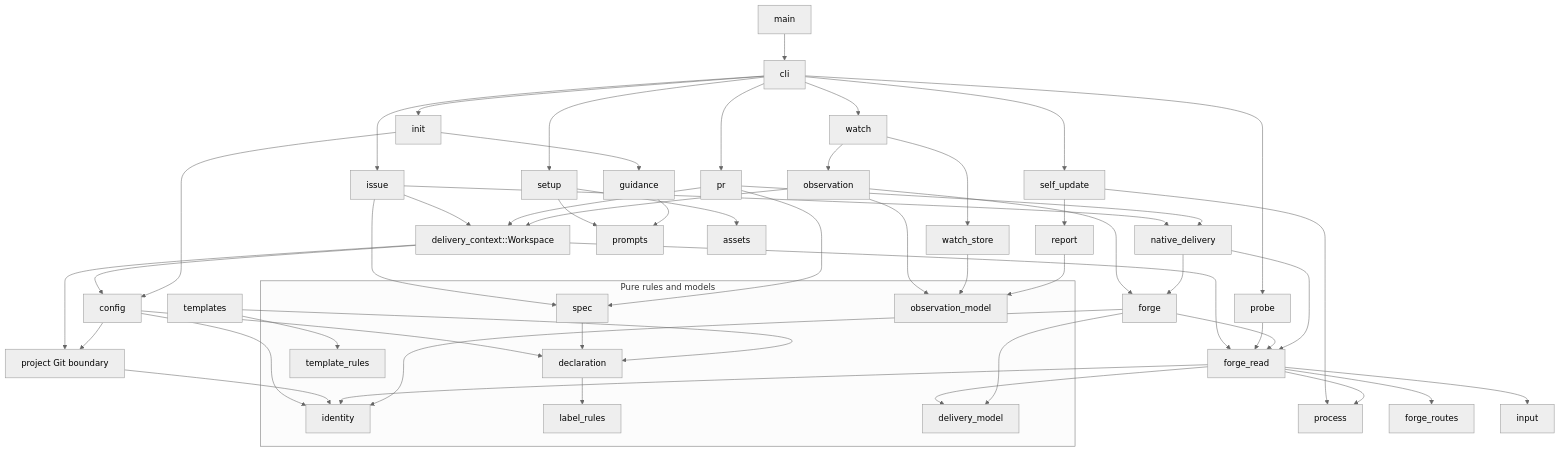
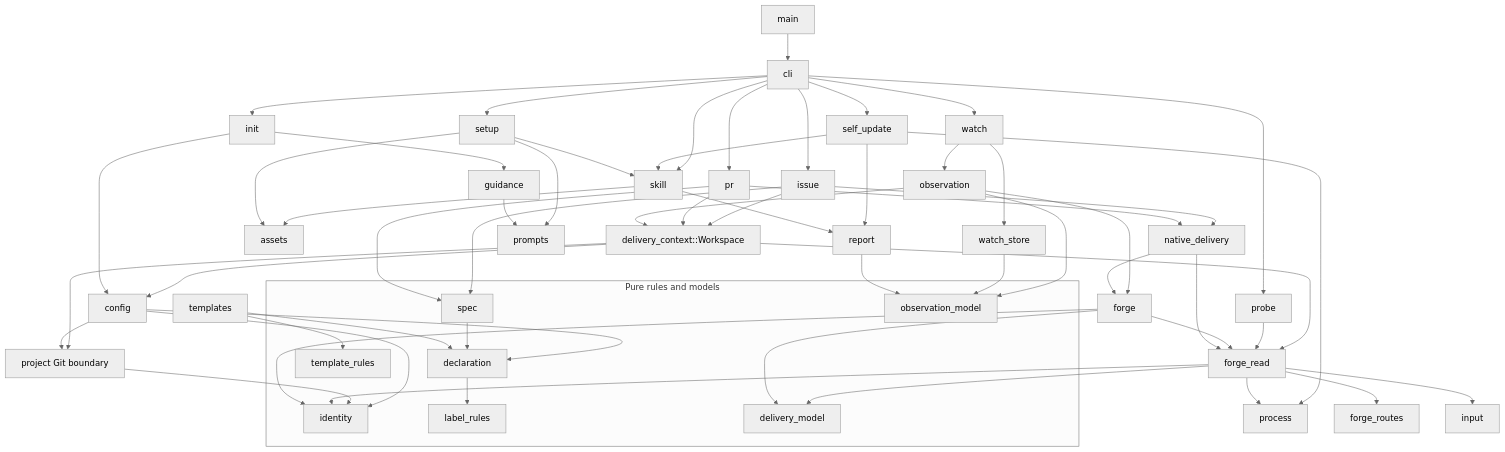
The diagram in docs/architecture.md (LeXwDeX/SpecGit), drawn with Mermaid (neutral theme) before and after one commit. The commit also changed other lines of this file and 17 other files, not shown here.

````diff
--- a/docs/architecture.md
+++ b/docs/architecture.md
@@ -38,67 +39,72 @@
 ```mermaid
 flowchart TD
   main --> cli
   cli --> init
   cli --> setup
   cli --> issue
   cli --> pr
   cli --> probe
   cli --> watch
   cli --> self_update
+  cli --> skill
   self_update --> process
   self_update --> report
+  self_update --> skill
+  skill --> assets
+  skill --> report
+  setup --> skill
 
   issue --> workspace[delivery_context::Workspace]
   pr --> workspace
   issue --> spec
   pr --> spec
   issue --> native_delivery
   pr --> native_delivery
   workspace --> config
   workspace --> project_git[project Git boundary]
   workspace --> forge_read
 
   init --> guidance
   init --> config
   setup --> prompts
   setup --> assets
   guidance --> prompts
   config --> declaration
   config --> identity
   config --> project_git
   project_git --> identity
   spec --> declaration
   templates --> declaration
   templates --> template_rules
   declaration --> label_rules
 
   probe --> forge_read
   watch --> observation
   watch --> watch_store
   observation --> workspace
   observation --> forge
   observation --> observation_model
   watch_store --> observation_model
   report --> observation_model
 
   forge_read --> forge_routes
   forge_read --> identity
   forge_read --> process
   forge_read --> input
   forge_read --> delivery_model
   forge --> forge_read
   forge --> identity
   forge --> delivery_model
   native_delivery --> forge
   native_delivery --> forge_read
 
   subgraph pure[Pure rules and models]
     declaration
     identity
     label_rules
     template_rules
     spec
     delivery_model
     observation_model
   end
 ```
````
